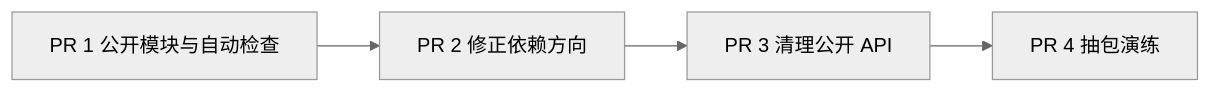
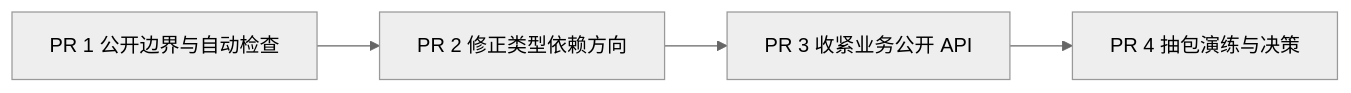
One commit to 125002850/tanstack-start-admin changed the second of 2 diagrams in docs/plans/2026-08-03-data-table-library-governance.md. Above: the diagram before and after it, drawn with Mermaid (neutral theme). The commit also changed other lines of this file and 67 other files, not shown here.

````diff
--- a/docs/plans/2026-08-03-data-table-library-governance.md
+++ b/docs/plans/2026-08-03-data-table-library-governance.md
@@ -89,6 +157,6 @@
 ```mermaid
 graph LR
-  PR1[PR 1 公开模块与自动检查] --> PR2[PR 2 修正依赖方向]
-  PR2 --> PR3[PR 3 清理公开 API]
-  PR3 --> PR4[PR 4 抽包演练]
+  PR1[PR 1 公开边界与自动检查] --> PR2[PR 2 修正类型依赖方向]
+  PR2 --> PR3[PR 3 收紧业务公开 API]
+  PR3 --> PR4[PR 4 抽包演练与决策]
 ```
````
